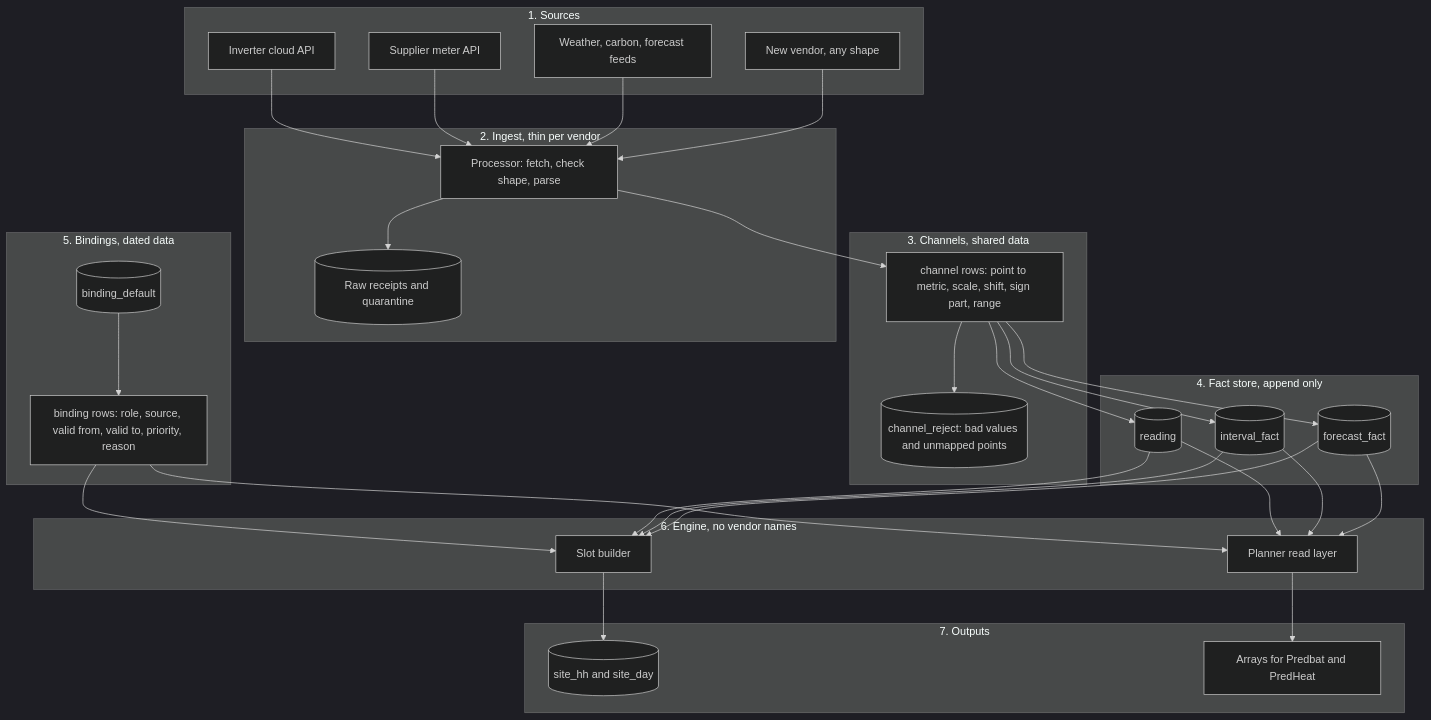
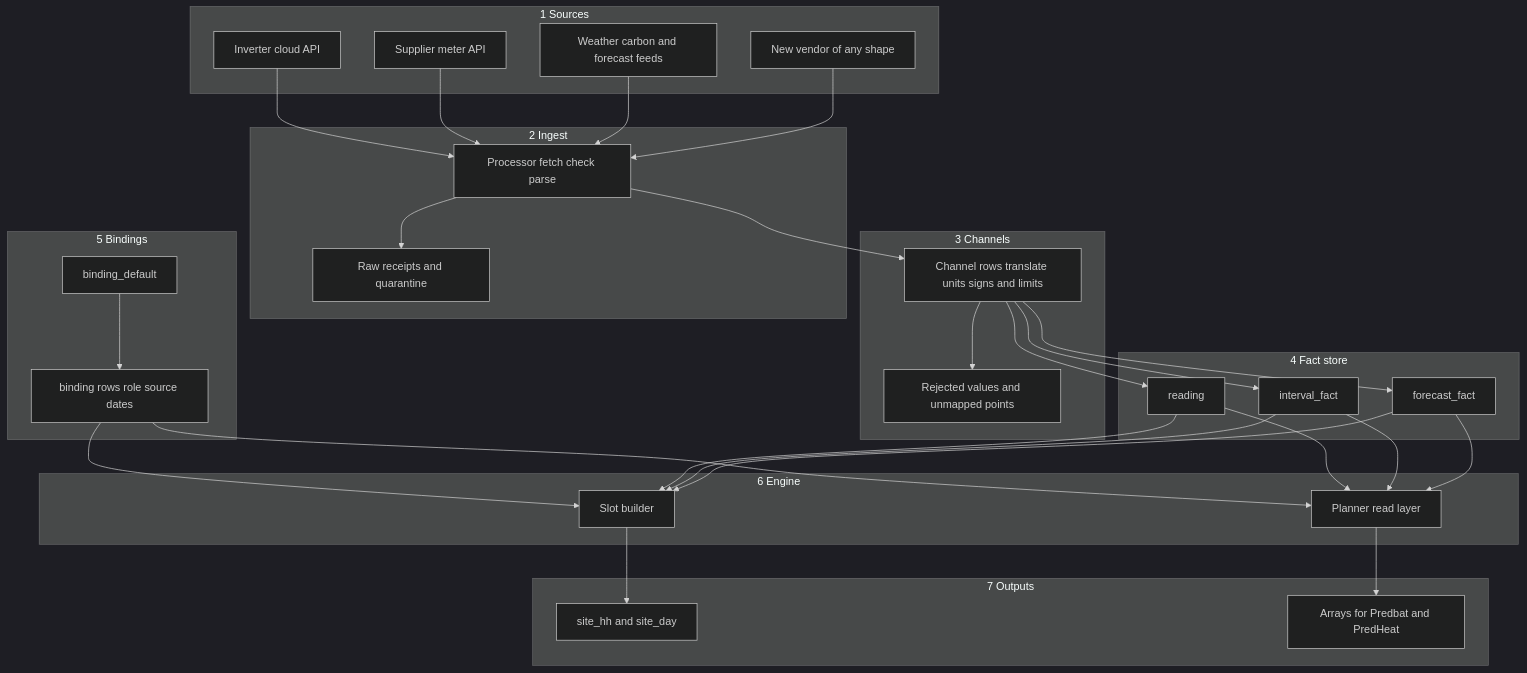
Before and after one commit to sshahriazz/energiebee-core-prototype: the first of 11 diagrams in docs/slot-engine-architecture.md, drawn with Mermaid (dark theme). The commit also changed other lines of this file and 1 other file, not shown here.

Commit message:
Docs: plain overview diagrams that render in more viewers (no cylinders, colons or parentheses in titles)

````diff
--- a/docs/slot-engine-architecture.md
+++ b/docs/slot-engine-architecture.md
@@ -13,62 +13,62 @@
 ```mermaid
 flowchart TB
-  subgraph SRC["1. Sources"]
+  subgraph SRC["1 Sources"]
     S1["Inverter cloud API"]
     S2["Supplier meter API"]
-    S3["Weather, carbon, forecast feeds"]
-    S4["New vendor, any shape"]
+    S3["Weather carbon and forecast feeds"]
+    S4["New vendor of any shape"]
   end
 
-  subgraph ING["2. Ingest, thin per vendor"]
-    P["Processor: fetch, check shape, parse"]
-    RAW[("Raw receipts and quarantine")]
+  subgraph ING["2 Ingest"]
+    P["Processor fetch check parse"]
+    RAW["Raw receipts and quarantine"]
   end
 
-  subgraph CH["3. Channels, shared data"]
-    C["channel rows: point to metric, scale, shift, sign part, range"]
-    REJ[("channel_reject: bad values and unmapped points")]
+  subgraph CH["3 Channels"]
+    C["Channel rows translate units signs and limits"]
+    REJ["Rejected values and unmapped points"]
   end
 
-  subgraph FACTS["4. Fact store, append only"]
-    F1[("reading")]
-    F2[("interval_fact")]
-    F3[("forecast_fact")]
+  subgraph FACTS["4 Fact store"]
+    F1["reading"]
+    F2["interval_fact"]
+    F3["forecast_fact"]
   end
 
-  subgraph BIND["5. Bindings, dated data"]
-    BD[("binding_default")]
-    B["binding rows: role, source, valid from, valid to, priority, reason"]
+  subgraph BIND["5 Bindings"]
+    BD["binding_default"]
+    B["binding rows role source dates"]
   end
 
-  subgraph ENG["6. Engine, no vendor names"]
+  subgraph ENG["6 Engine"]
     BLD["Slot builder"]
     PR["Planner read layer"]
   end
 
-  subgraph OUT["7. Outputs"]
-    HH[("site_hh and site_day")]
+  subgraph OUT["7 Outputs"]
+    HH["site_hh and site_day"]
     PL["Arrays for Predbat and PredHeat"]
   end
 
   S1 --> P
   S2 --> P
   S3 --> P
   S4 --> P
   P --> RAW
   P --> C
   C --> REJ
   C --> F1
   C --> F2
   C --> F3
   BD --> B
   B --> BLD
   B --> PR
   F1 --> BLD
   F2 --> BLD
   F3 --> BLD
   F1 --> PR
   F2 --> PR
   F3 --> PR
   BLD --> HH
   PR --> PL
 ```
````
